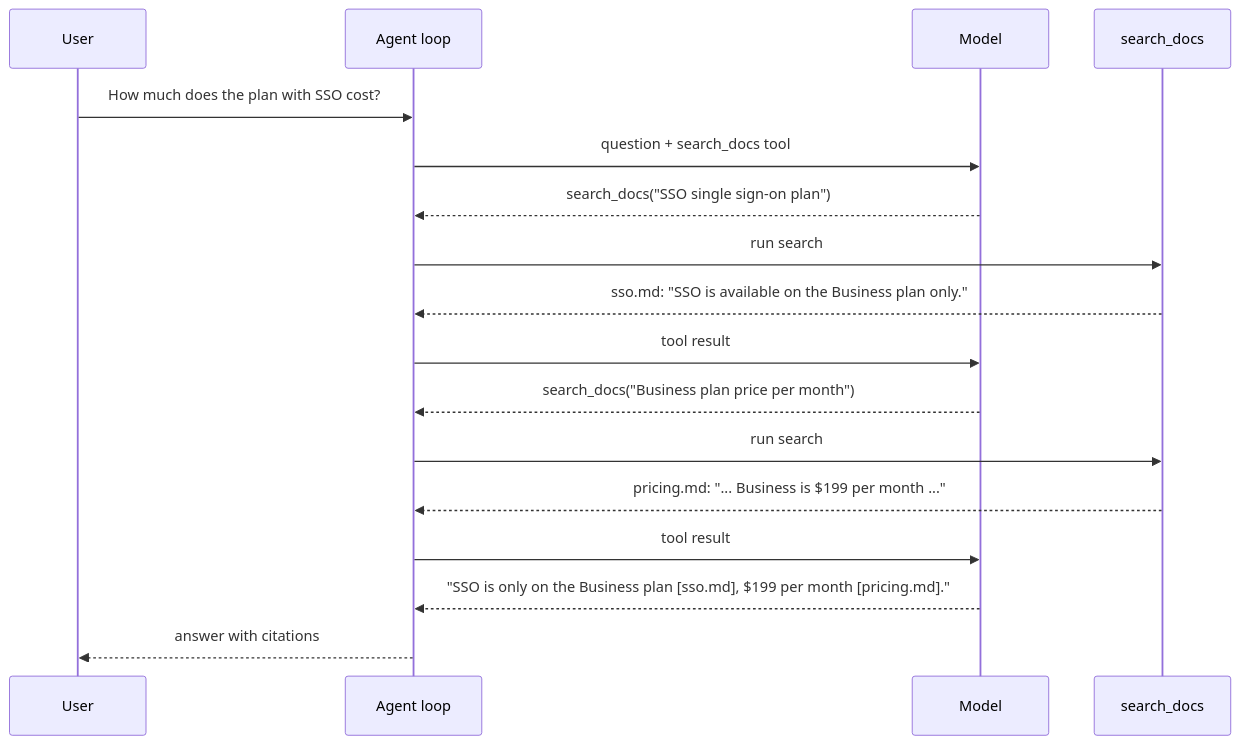
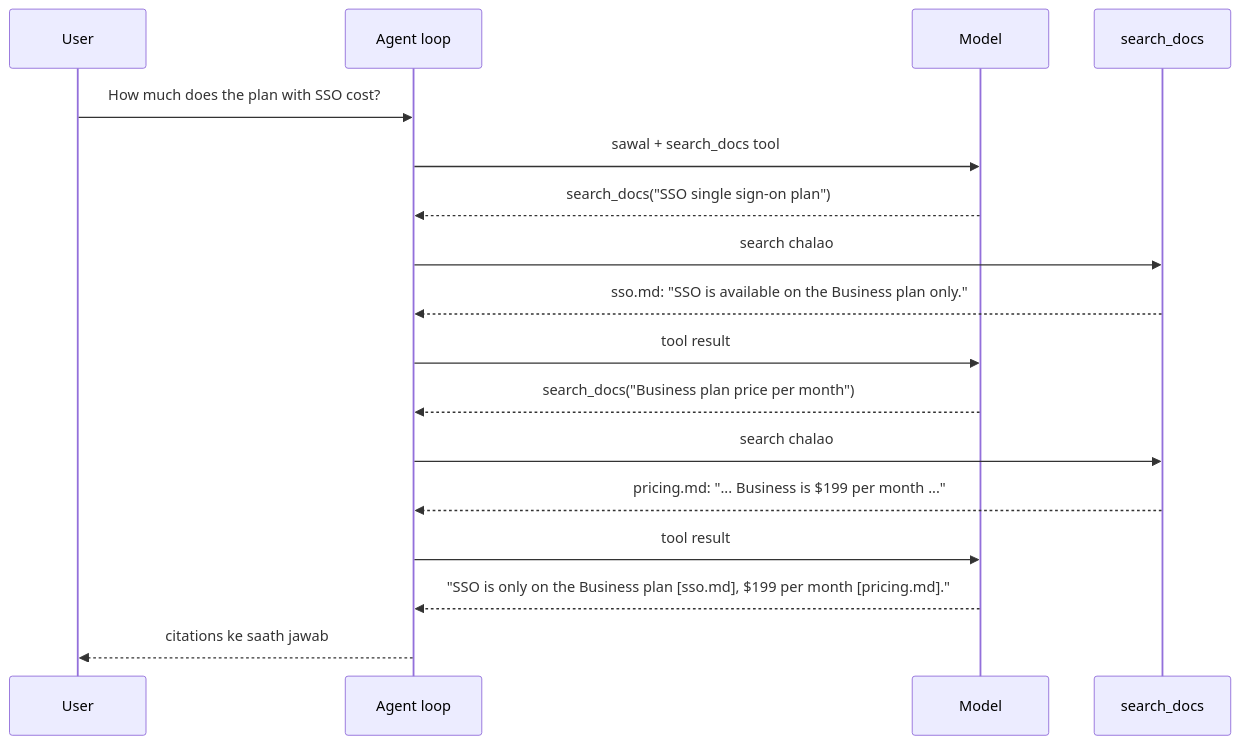
One commit to asmustechno/agentic-ai-notes changed the diagram in docs/06-rag-for-agents/06.4-agentic-rag.md. Above: the diagram before and after it, drawn with Mermaid. The commit also changed other lines of this file and 135 other files, not shown here.

````diff
--- a/docs/06-rag-for-agents/06.4-agentic-rag.md
+++ b/docs/06-rag-for-agents/06.4-agentic-rag.md
@@ -45,19 +47,19 @@
 ```mermaid
 sequenceDiagram
     participant U as User
     participant A as Agent loop
     participant M as Model
     participant S as search_docs
     U->>A: How much does the plan with SSO cost?
-    A->>M: question + search_docs tool
+    A->>M: sawal + search_docs tool
     M-->>A: search_docs("SSO single sign-on plan")
-    A->>S: run search
+    A->>S: search chalao
     S-->>A: sso.md: "SSO is available on the Business plan only."
     A->>M: tool result
     M-->>A: search_docs("Business plan price per month")
-    A->>S: run search
+    A->>S: search chalao
     S-->>A: pricing.md: "... Business is $199 per month ..."
     A->>M: tool result
     M-->>A: "SSO is only on the Business plan [sso.md], $199 per month [pricing.md]."
-    A-->>U: answer with citations
+    A-->>U: citations ke saath jawab
 ```
````
